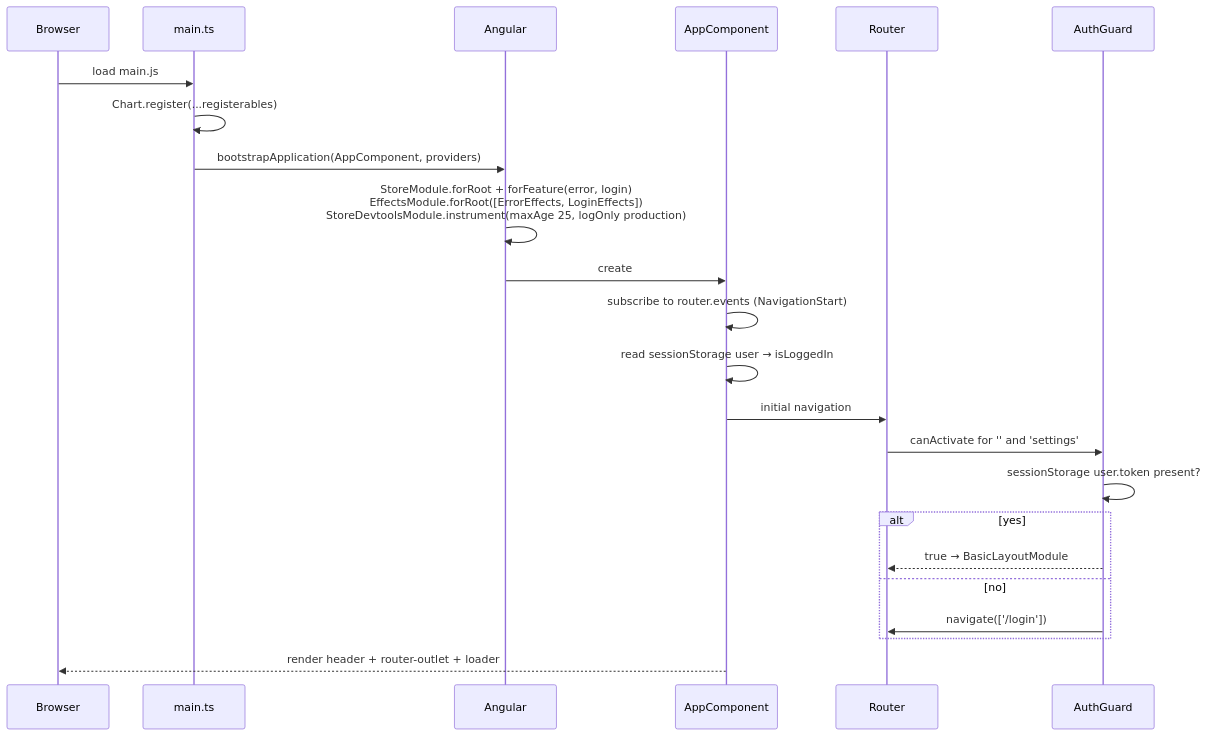
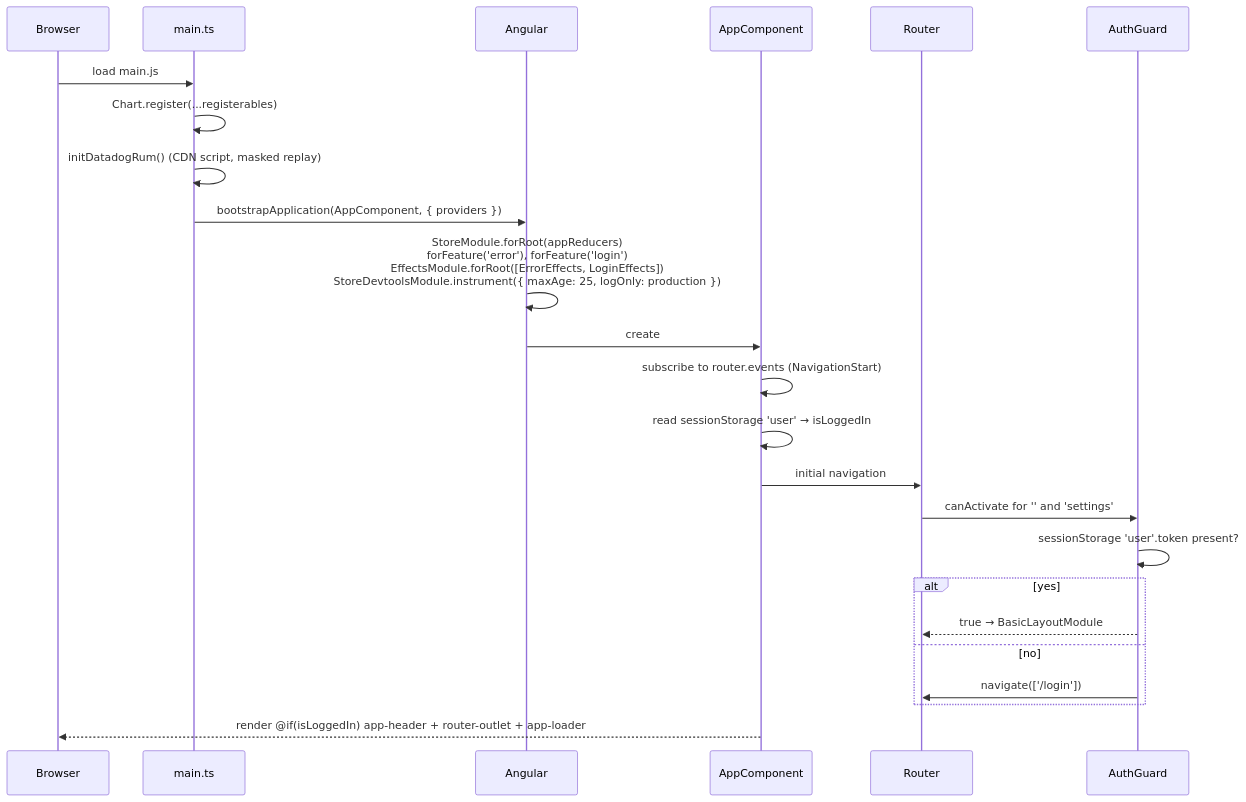
The second of 5 diagrams in docs/architecture-diagrams/09-spa-shell-navigation-deep-dive-diagrams.md (hemsingh-3PG/sai-systems-AIRE), drawn with Mermaid before and after one commit. The commit also changed other lines of this file and 285 other files, not shown here.

````diff
--- a/docs/architecture-diagrams/09-spa-shell-navigation-deep-dive-diagrams.md
+++ b/docs/architecture-diagrams/09-spa-shell-navigation-deep-dive-diagrams.md
@@ -24,26 +22,27 @@
 ```mermaid
 sequenceDiagram
   participant B as Browser
   participant M as main.ts
   participant NG as Angular
   participant AC as AppComponent
   participant R as Router
   participant G as AuthGuard
 
   B->>M: load main.js
   M->>M: Chart.register(...registerables)
-  M->>NG: bootstrapApplication(AppComponent, providers)
-  NG->>NG: StoreModule.forRoot + forFeature(error, login)<br/>EffectsModule.forRoot([ErrorEffects, LoginEffects])<br/>StoreDevtoolsModule.instrument(maxAge 25, logOnly production)
+  M->>M: initDatadogRum() (CDN script, masked replay)
+  M->>NG: bootstrapApplication(AppComponent, { providers })
+  NG->>NG: StoreModule.forRoot(appReducers)<br/>forFeature('error'), forFeature('login')<br/>EffectsModule.forRoot([ErrorEffects, LoginEffects])<br/>StoreDevtoolsModule.instrument({ maxAge: 25, logOnly: production })
   NG->>AC: create
   AC->>AC: subscribe to router.events (NavigationStart)
-  AC->>AC: read sessionStorage user → isLoggedIn
+  AC->>AC: read sessionStorage 'user' → isLoggedIn
   AC->>R: initial navigation
   R->>G: canActivate for '' and 'settings'
-  G->>G: sessionStorage user.token present?
+  G->>G: sessionStorage 'user'.token present?
   alt yes
     G-->>R: true → BasicLayoutModule
   else no
     G->>R: navigate(['/login'])
   end
-  AC-->>B: render header + router-outlet + loader
+  AC-->>B: render @if(isLoggedIn) app-header + router-outlet + app-loader
 ```
````
